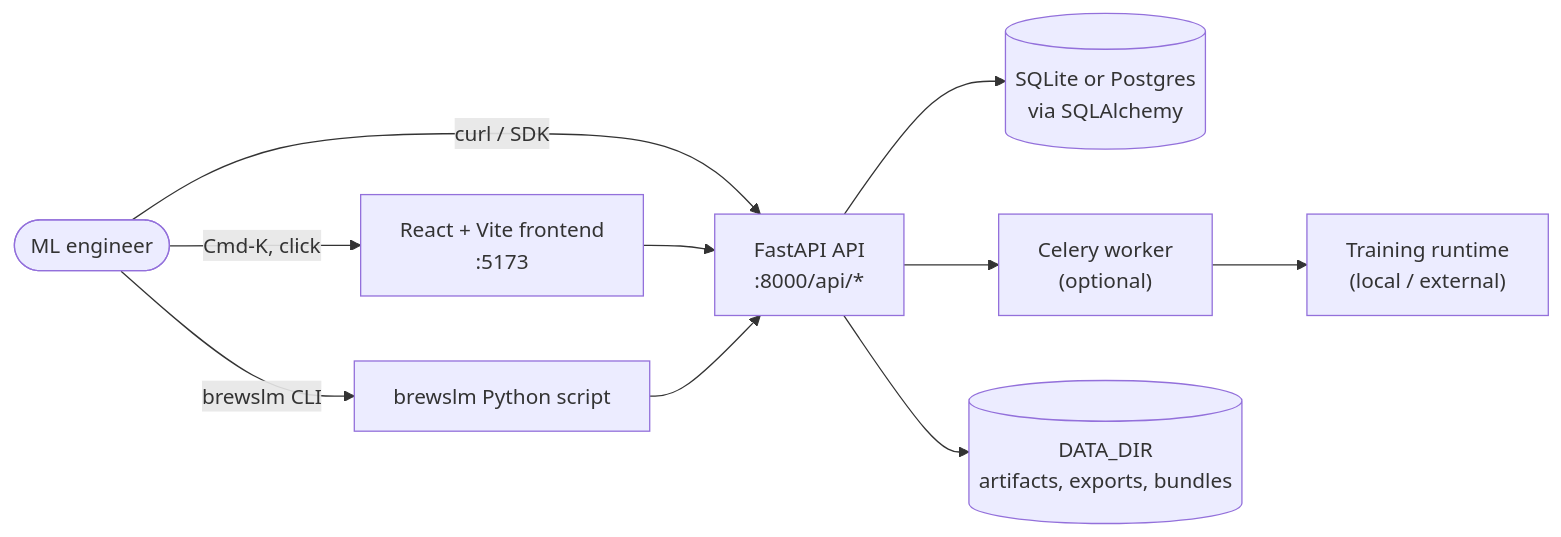
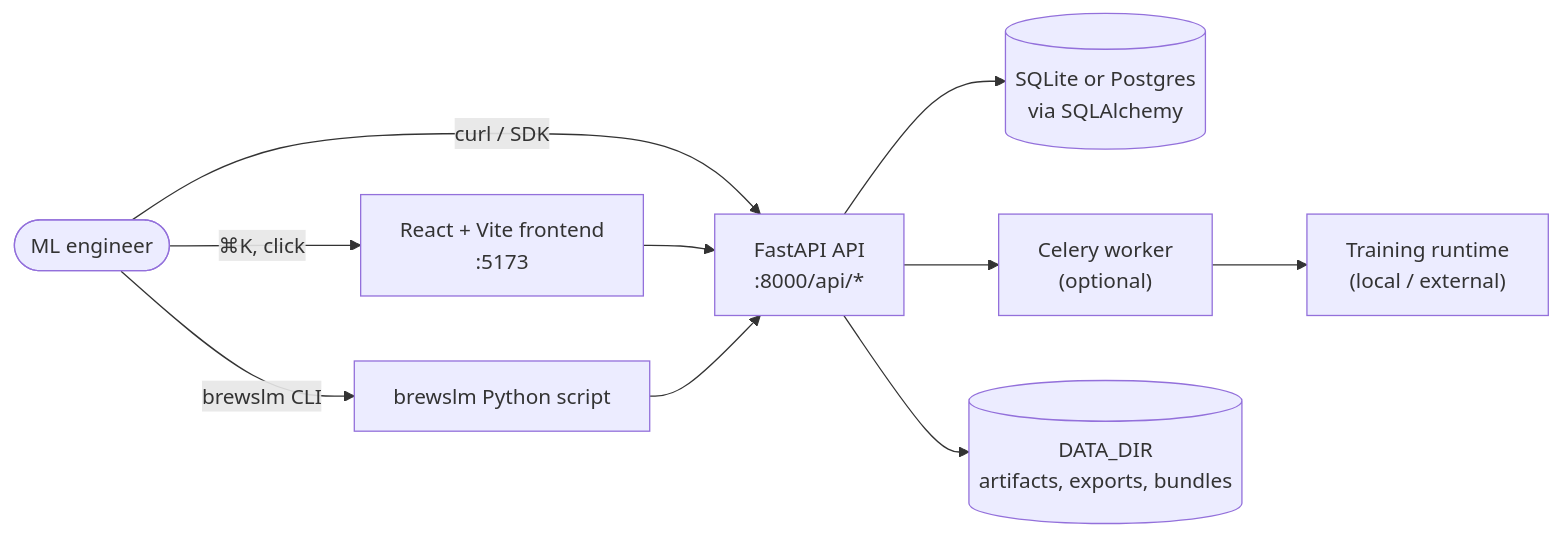
One commit to TensorGreed/__SLM__ changed the first of 4 diagrams in slm-docs/docs/concepts/architecture.md. Above: the diagram before and after it, drawn with Mermaid. The commit also changed other lines of this file and 115 other files, not shown here.

````diff
--- a/slm-docs/docs/concepts/architecture.md
+++ b/slm-docs/docs/concepts/architecture.md
@@ -10,12 +10,12 @@
 ```mermaid
 flowchart LR
-  user(["ML engineer"]) -->|Cmd-K, click| ui["React + Vite frontend<br/>:5173"]
+  user(["ML engineer"]) -->|⌘K, click| ui["React + Vite frontend<br/>:5173"]
   user -->|brewslm CLI| cli["brewslm Python script"]
   user -->|curl / SDK| api["FastAPI API<br/>:8000/api/*"]
   ui --> api
   cli --> api
   api --> db[("SQLite or Postgres<br/>via SQLAlchemy")]
   api --> celery["Celery worker<br/>(optional)"]
   celery --> gpu["Training runtime<br/>(local / external)"]
   api --> data[("DATA_DIR<br/>artifacts, exports, bundles")]
 ```
````
